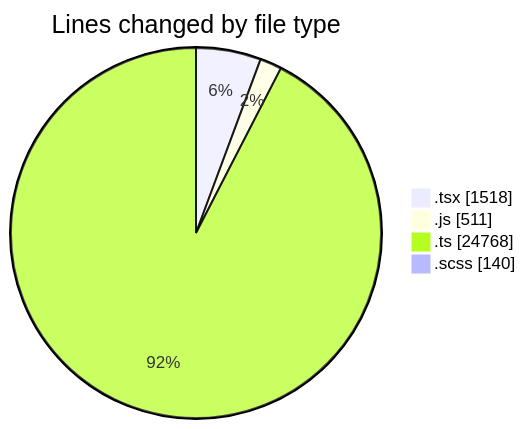
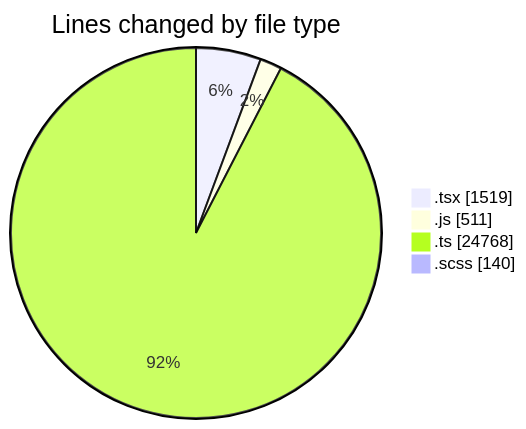
Before and after one commit to momahboobian/code-tracking: the first of 2 diagrams in 2025-06-30/cda/README.md, drawn with Mermaid. The commit also changed other lines of this file and 1 other file, not shown here.

````diff
--- a/2025-06-30/cda/README.md
+++ b/2025-06-30/cda/README.md
@@ -35,8 +35,8 @@
 ```mermaid
 pie showData
 title Lines changed by file type
-".tsx" : 1518
+".tsx" : 1519
 ".js" : 511
 ".ts" : 24768
 ".scss" : 140
 ```
````
